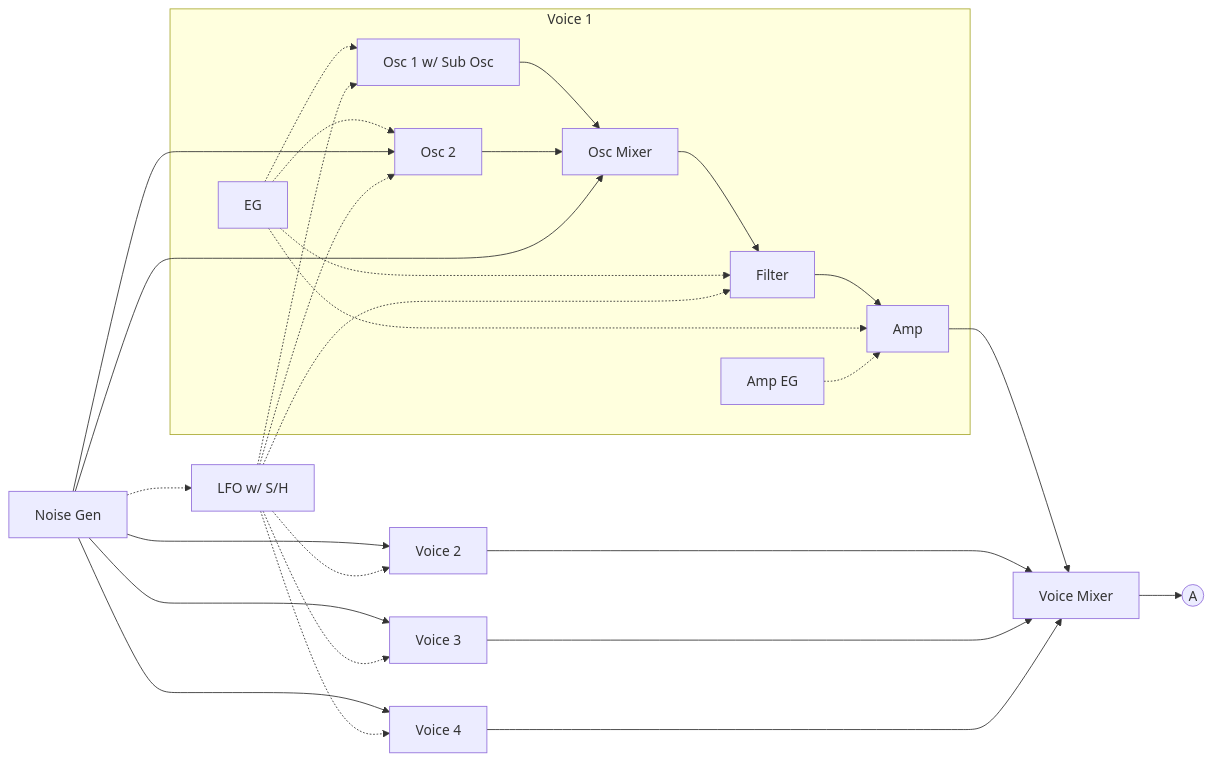
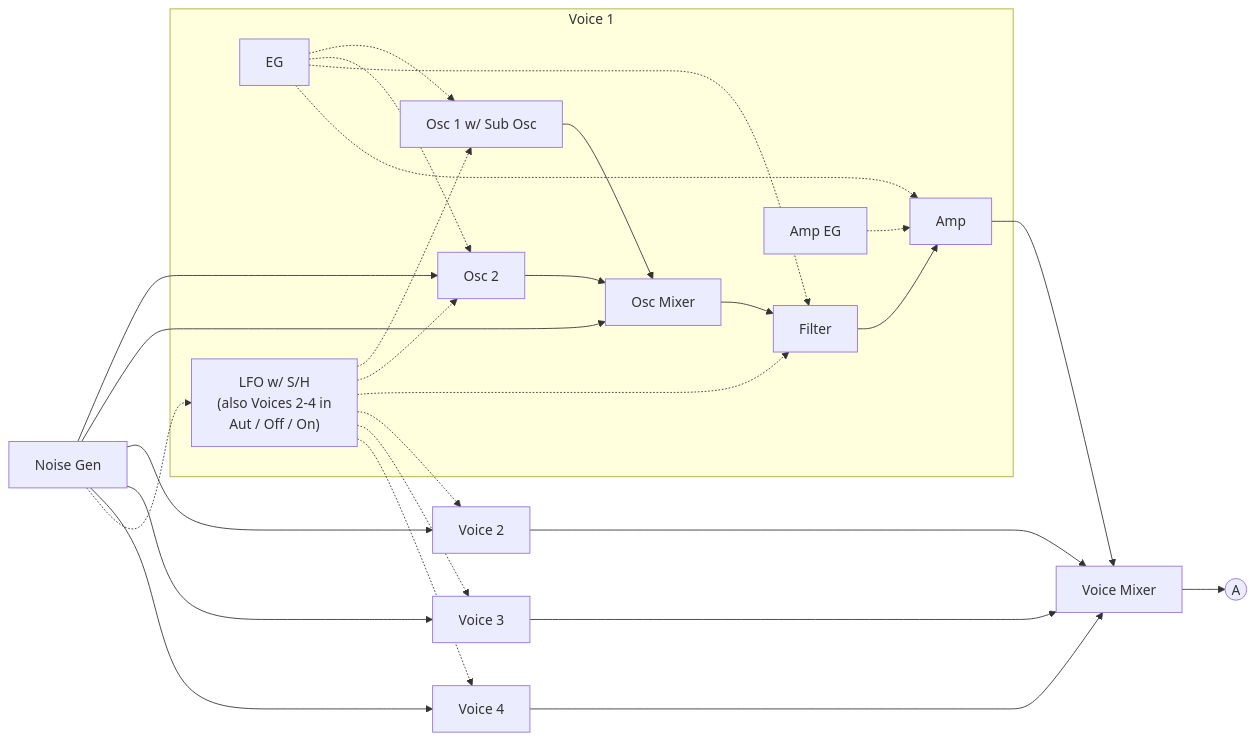
One commit to risgk/digital-synth-pra32-u2 changed the first of 2 diagrams in README.md. Above: the diagram before and after it, drawn with Mermaid. The commit also changed other lines of this file, not shown here.

Commit message:
Block diagram: LFO in each Voice

````diff
--- a/README.md
+++ b/README.md
@@ -54,17 +56,18 @@
 ```mermaid
 graph LR
     subgraph V1[Voice 1]
         V1O1[Osc 1 w/ Sub Osc] --> V1OM[Osc Mixer]
         V1O2[Osc 2] --> V1OM
         V1OM --> V1F[Filter]
         V1F --> V1A[Amp]
         E[EG] -.-> V1O1 & V1O2 & V1F & V1A
         V1AE[Amp EG] -.-> V1A
+        L["LFO w/ S/H<br/>(also Voices 2-4 in<br/>Aut / Off / On)"] -.-> V1O1 & V1O2 & V1F
     end
     V1A --> VM[Voice Mixer]
     V2[Voice 2] & V3[Voice 3] & V4[Voice 4] --> VM
     N[Noise Gen]  --> V1O2 & V1OM & V2 & V3 & V4
-    N -.-> L[LFO w/ S/H]
-    L -.-> V1O1 & V1O2 & V1F & V2 & V3 & V4
+    N -.-> L
+    L -.-> V2 & V3 & V4
     VM --> J1((A))
 ```
````
